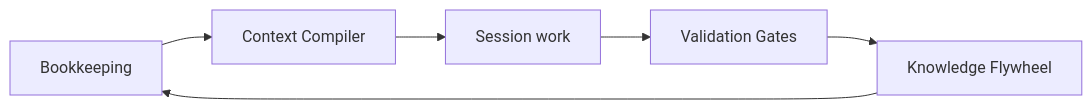
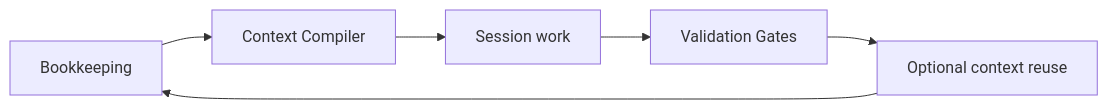
The diagram in docs/index.md (boshu2/agentops), drawn with Mermaid before and after one commit. The commit also changed other lines of this file and 165 other files, not shown here.

Commit message:
docs: consolidate root and architecture truth (age-documentation-agents-contract-sd7y1.5)

````diff
--- a/docs/index.md
+++ b/docs/index.md
@@ -45,8 +49,8 @@
 ```mermaid
 flowchart LR
     B[Bookkeeping] --> C[Context Compiler]
     C[Context Compiler] --> S[Session work]
     S --> G[Validation Gates]
-    G --> F[Knowledge Flywheel]
+    G --> F[Optional context reuse]
     F --> B
 ```
````
